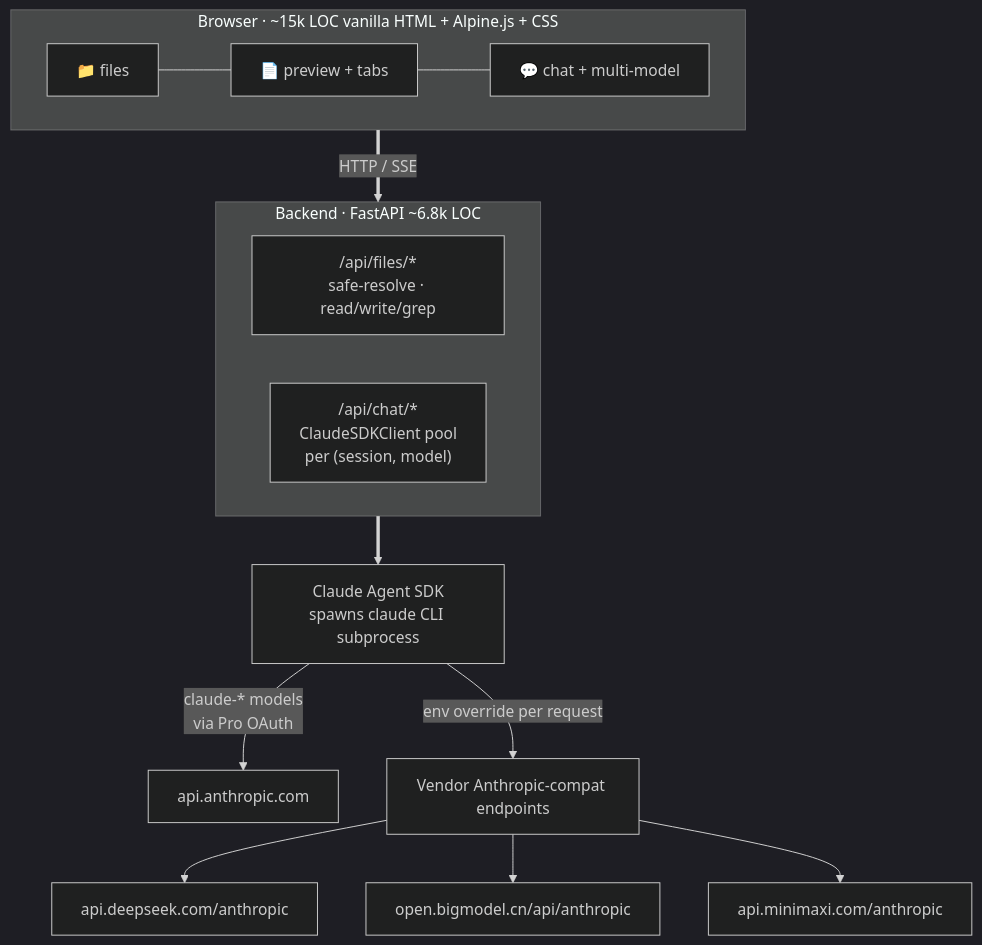
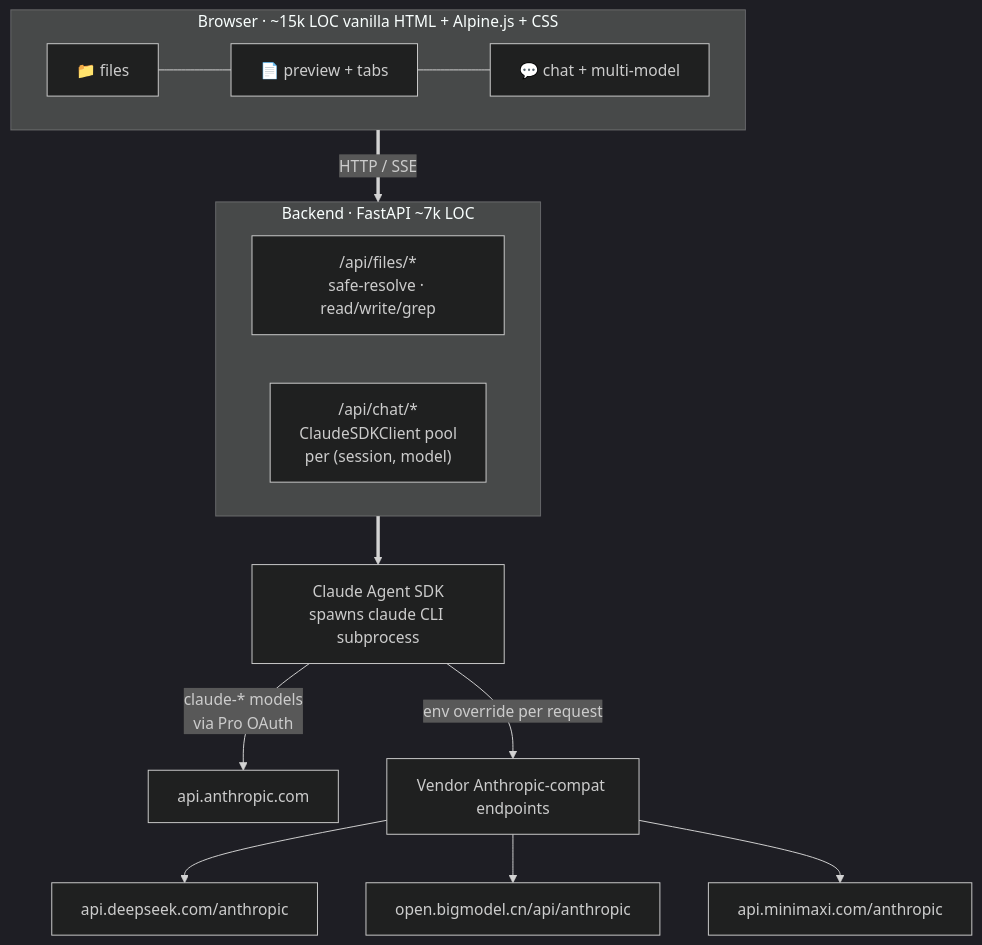
The diagram in docs/architecture.md (hesorchen/muselab), drawn with Mermaid (dark theme) before and after one commit. The commit also changed 1 other file, not shown here.

Commit message:
docs(architecture): bump backend LOC label 6.8k → 7k
Backend Python now totals 7159 lines (was 6.8k when the diagram was
drawn). Mermaid label was off by enough to look stale; rounded up to
~7k to match the current code without committing to the exact number.

````diff
--- a/docs/architecture.md
+++ b/docs/architecture.md
@@ -5,17 +5,17 @@
 ```mermaid
 flowchart TB
   subgraph Browser["Browser · ~15k LOC vanilla HTML + Alpine.js + CSS"]
     F[📁 files] --- P[📄 preview + tabs] --- C[💬 chat + multi-model]
   end
   Browser ==>|HTTP / SSE| BE
-  subgraph BE["Backend · FastAPI ~6.8k LOC"]
+  subgraph BE["Backend · FastAPI ~7k LOC"]
     A["/api/files/*<br/>safe-resolve · read/write/grep"]
     B["/api/chat/*<br/>ClaudeSDKClient pool<br/>per (session, model)"]
   end
   BE ==> SDK[Claude Agent SDK<br/>spawns claude CLI subprocess]
   SDK -->|claude-* models<br/>via Pro OAuth| AN[api.anthropic.com]
   SDK -->|env override per request| V[Vendor Anthropic-compat endpoints]
   V --> DS[api.deepseek.com/anthropic]
   V --> GL[open.bigmodel.cn/api/anthropic]
   V --> MM[api.minimaxi.com/anthropic]
 ```
````
